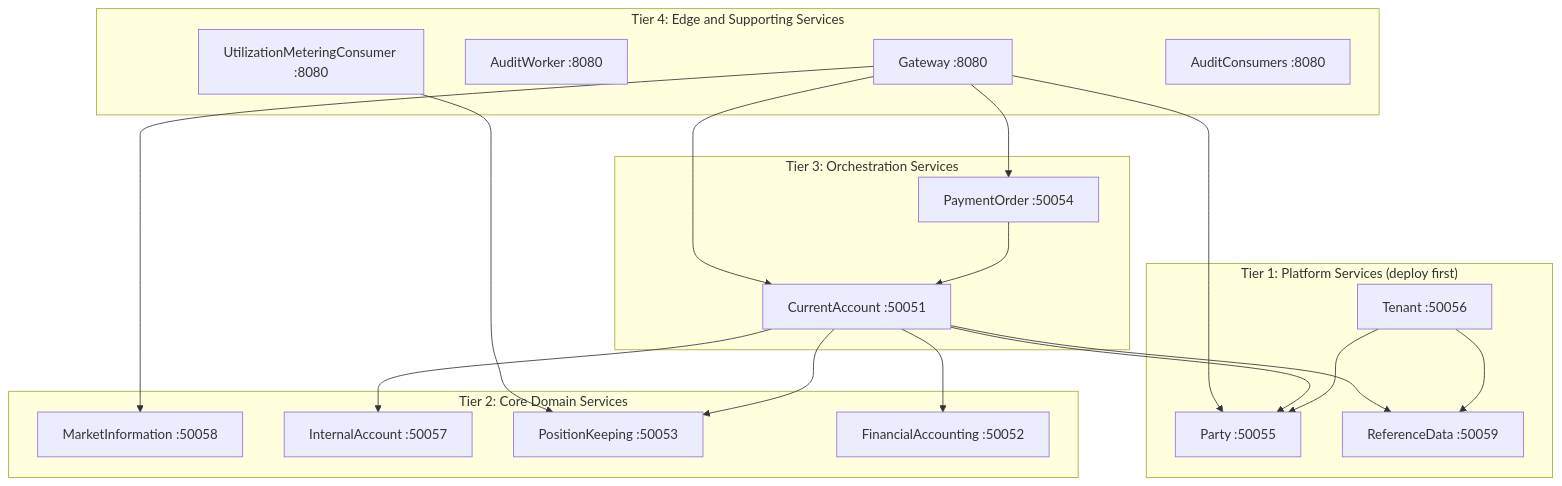
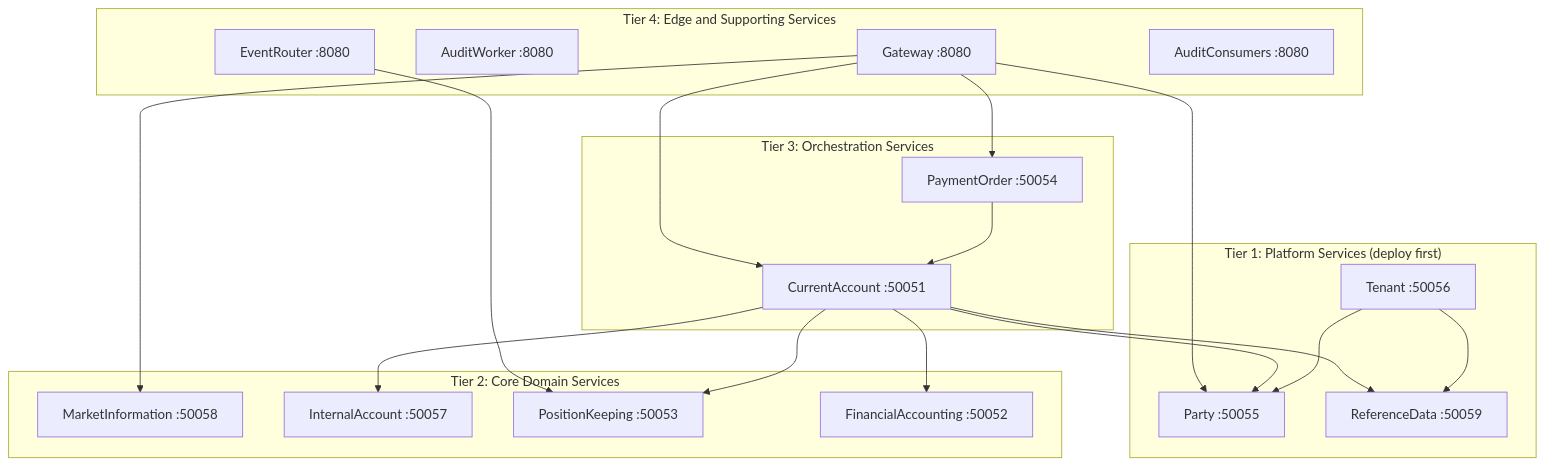
The diagram in docs/runbooks/production-deployment.md (meridianhub/meridian), drawn with Mermaid before and after one commit. The commit also changed other lines of this file and 15 other files, not shown here.

````diff
--- a/docs/runbooks/production-deployment.md
+++ b/docs/runbooks/production-deployment.md
@@ -350,41 +350,41 @@
 ```mermaid
 flowchart TD
     subgraph Tier1["Tier 1: Platform Services (deploy first)"]
         Tenant["Tenant :50056"]
         Party["Party :50055"]
         RD["ReferenceData :50059"]
     end
 
     subgraph Tier2["Tier 2: Core Domain Services"]
         MI["MarketInformation :50058"]
         IBA["InternalAccount :50057"]
         PK["PositionKeeping :50053"]
         FA["FinancialAccounting :50052"]
     end
 
     subgraph Tier3["Tier 3: Orchestration Services"]
         CA["CurrentAccount :50051"]
         PO["PaymentOrder :50054"]
     end
 
     subgraph Tier4["Tier 4: Edge and Supporting Services"]
         GW["Gateway :8080"]
         AW["AuditWorker :8080"]
-        UMC["UtilizationMeteringConsumer :8080"]
+        ER["EventRouter :8080"]
         AC["AuditConsumers :8080"]
     end
 
     Tenant --> Party
     Tenant --> RD
     CA --> Party
     CA --> PK
     CA --> FA
     CA --> IBA
     CA --> RD
     PO --> CA
     GW --> CA
     GW --> PO
     GW --> Party
     GW --> MI
-    UMC --> PK
+    ER --> PK
 ```
````
